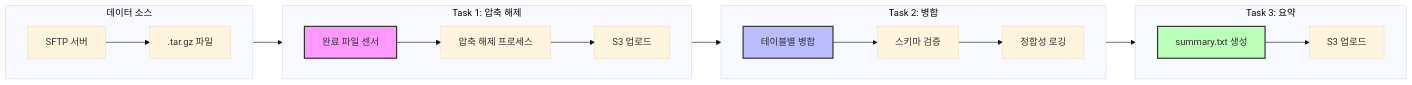
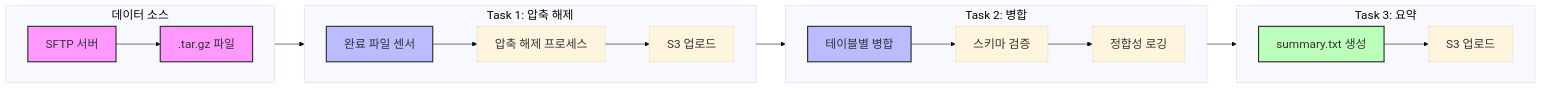
One commit to yeokyeong-yoon/yeokyeong-yoon.github.io changed the sixth of 11 diagrams in _posts/2025-03-18-etl-pipeline.md. Above: the diagram before and after it, drawn with Mermaid. The commit also changed other lines of this file, not shown here.

Commit message:
docs: Update Gantt chart to use quarterly format for better readability

````diff
--- a/_posts/2025-03-18-etl-pipeline.md
+++ b/_posts/2025-03-18-etl-pipeline.md
@@ -253,31 +255,33 @@
 ```mermaid
-%%{init: {'theme': 'base', 'themeVariables': { 'fontSize': '16px'}}}%%
+%%{init: {'theme': 'base', 'themeVariables': { 'fontSize': '20px', 'width': '100%', 'height': '100%'}}}%%
 graph LR
     subgraph "데이터 소스"
         direction LR
         S1[SFTP 서버] --> S2[.tar.gz 파일]
     end
     
     subgraph "Task 1: 압축 해제"
         direction LR
         T1[완료 파일 센서] --> T2[압축 해제 프로세스] --> T3[S3 업로드]
     end
     
     subgraph "Task 2: 병합"
         direction LR
         T4[테이블별 병합] --> T5[스키마 검증] --> T6[정합성 로깅]
     end
     
     subgraph "Task 3: 요약"
         direction LR
         T7[summary.txt 생성] --> T8[S3 업로드]
     end
     
     S2 --> T1
     T3 --> T4
     T6 --> T7
     
-    style T1 fill:#f9f,stroke:#333,stroke-width:2px
+    style S1 fill:#f9f,stroke:#333,stroke-width:2px
+    style S2 fill:#f9f,stroke:#333,stroke-width:2px
+    style T1 fill:#bbf,stroke:#333,stroke-width:2px
     style T4 fill:#bbf,stroke:#333,stroke-width:2px
     style T7 fill:#bfb,stroke:#333,stroke-width:2px
 ```
````
